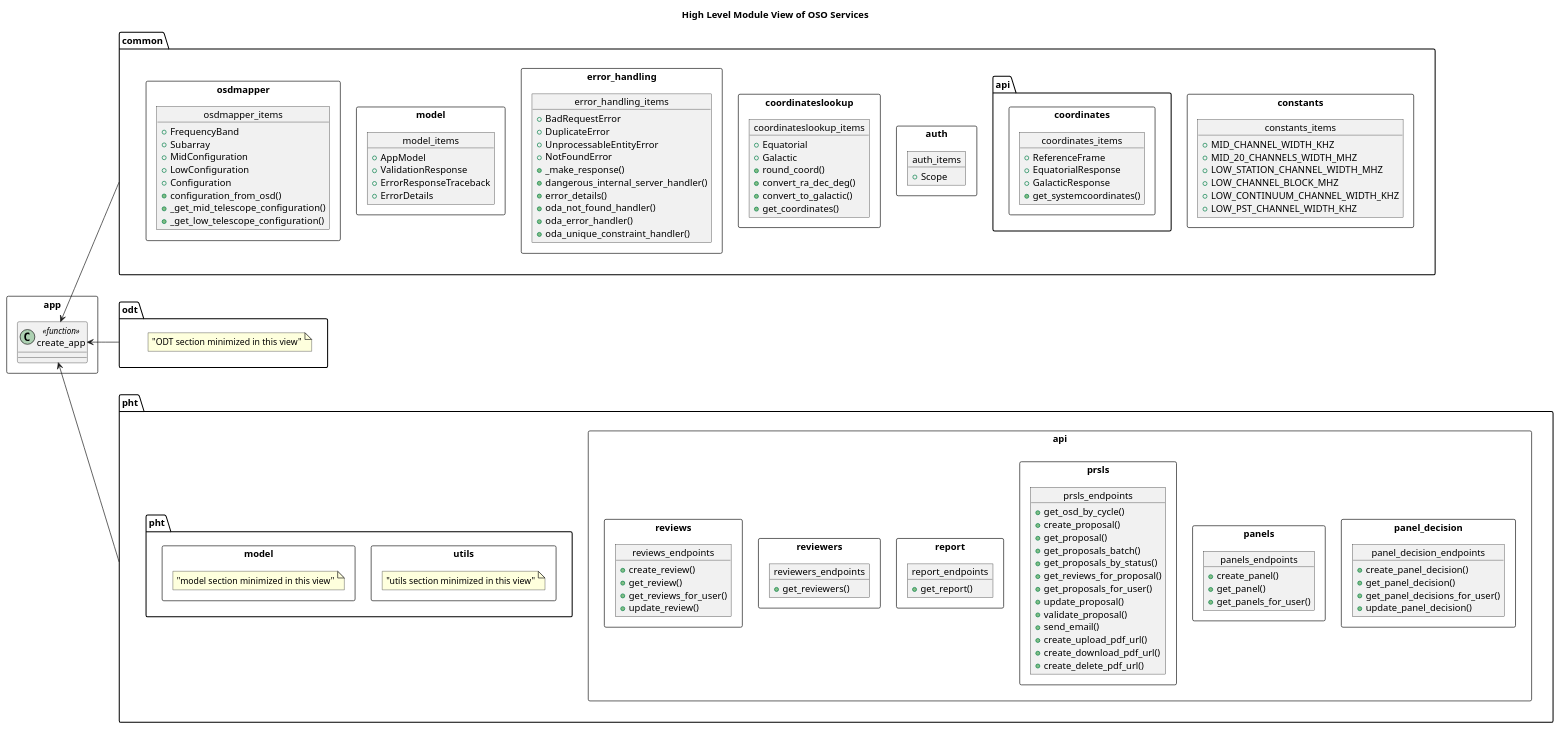
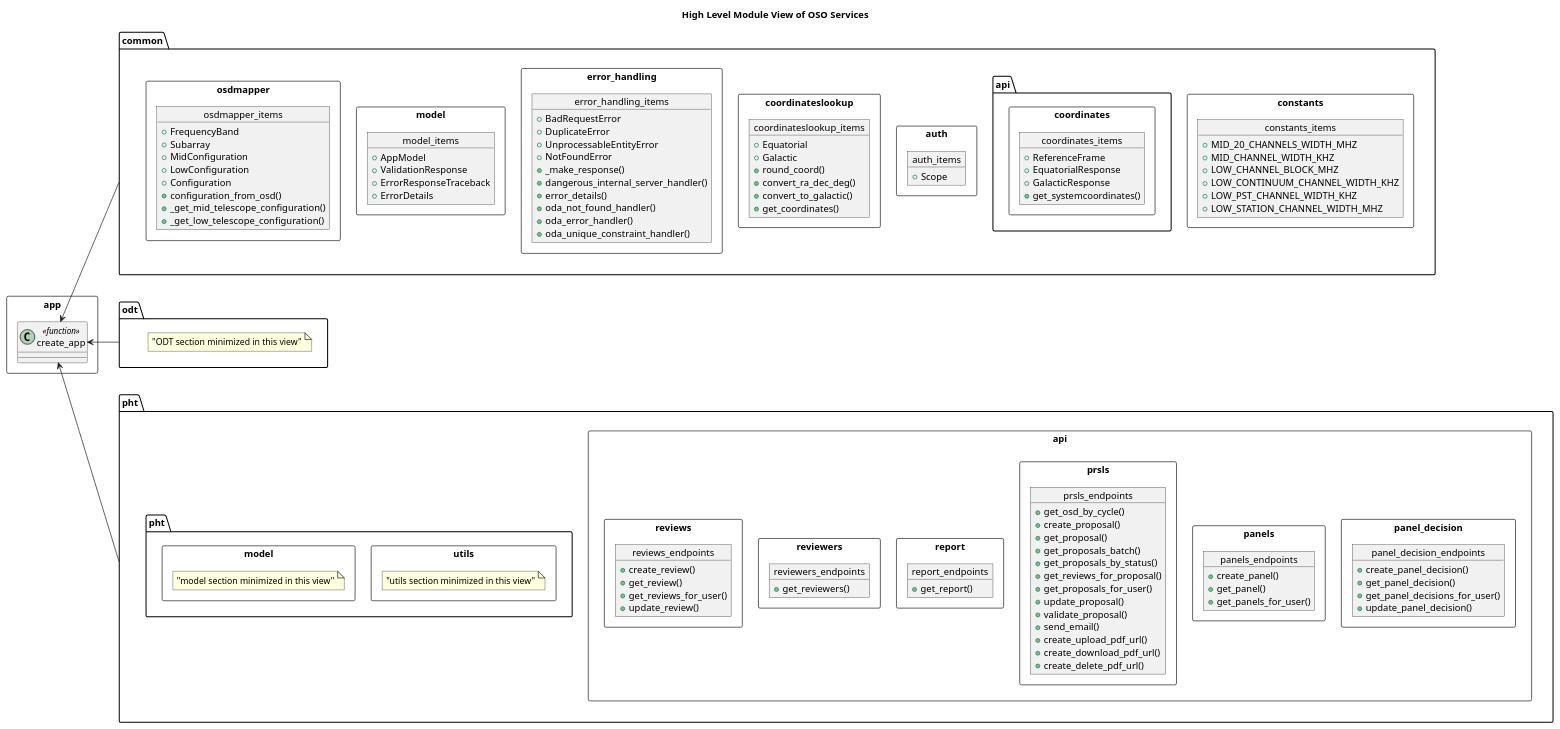
The diagram in docs/src/internal/diagrams/module_top_view.puml (ska-telescope/ska-oso-services), drawn with PlantUML before and after one commit. The commit also changed other lines of this file, not shown here.

Commit message:
STAR-1524 - changes to diagrams

```diff
--- a/docs/src/internal/diagrams/module_top_view.puml
+++ b/docs/src/internal/diagrams/module_top_view.puml
@@ -1,176 +1,176 @@
 @startuml
 top to bottom direction
 
 title High Level Module View of OSO Services
 
 package "common" as common_pkg {
 
     package "constants" <<Rectangle>> {
       object constants_items {
+        + MID_20_CHANNELS_WIDTH_MHZ
         + MID_CHANNEL_WIDTH_KHZ
-        + MID_20_CHANNELS_WIDTH_MHZ
-        + LOW_STATION_CHANNEL_WIDTH_MHZ
         + LOW_CHANNEL_BLOCK_MHZ
         + LOW_CONTINUUM_CHANNEL_WIDTH_KHZ
         + LOW_PST_CHANNEL_WIDTH_KHZ
+        + LOW_STATION_CHANNEL_WIDTH_MHZ
       }
     }
 
     package "api.coordinates" <<Rectangle>> {
       object coordinates_items {
           + ReferenceFrame
           + EquatorialResponse
           + GalacticResponse
           + get_systemcoordinates()
       }
     }
 
     package "auth" <<Rectangle>> {
         object auth_items {
           + Scope
       }
     }
 
     package "coordinateslookup" <<Rectangle>> {
         object coordinateslookup_items {
           + Equatorial
           + Galactic
           + round_coord()
           + convert_ra_dec_deg()
           + convert_to_galactic()
           + get_coordinates()
         }
     }
 
     package "error_handling" <<Rectangle>> {
         object error_handling_items {
           + BadRequestError
           + DuplicateError
           + UnprocessableEntityError
           + NotFoundError
           + _make_response()
           + dangerous_internal_server_handler()
           + error_details()
           + oda_not_found_handler()
           + oda_error_handler()
           + oda_unique_constraint_handler()
         }
     }
 
     package "model" <<Rectangle>> {
         object model_items {
           + AppModel
           + ValidationResponse
           + ErrorResponseTraceback
           + ErrorDetails
       }
     }
 
     package "osdmapper" <<Rectangle>> {
         object osdmapper_items {
           + FrequencyBand
           + Subarray
           + MidConfiguration
           + LowConfiguration
           + Configuration
           + configuration_from_osd()
           + _get_mid_telescope_configuration()
           + _get_low_telescope_configuration()
         }
     }
 }
 
 package "odt" as odt_pkg {
     note as odt_note
     "ODT section minimized in this view"
     end note
 }
 
 package "pht" as pht_pkg {
     package "api" <<Rectangle>> {
         package "panel_decision" <<Rectangle>> {
           object panel_decision_endpoints {
             + create_panel_decision()
             + get_panel_decision()
             + get_panel_decisions_for_user()
             + update_panel_decision()
           }
         }
 
       package "panels" <<Rectangle>> {
         object panels_endpoints {
           + create_panel()
           + get_panel()
           + get_panels_for_user()
         }
       }
   
       package "prsls" <<Rectangle>> {
         object prsls_endpoints {
           + get_osd_by_cycle()
           + create_proposal()
           + get_proposal()
           + get_proposals_batch()
           + get_proposals_by_status()
           + get_reviews_for_proposal()
           + get_proposals_for_user()
           + update_proposal()
           + validate_proposal()
           + send_email()
           + create_upload_pdf_url()
           + create_download_pdf_url()
           + create_delete_pdf_url()
         }
       }
   
       package "report" <<Rectangle>> {
         object report_endpoints {
           + get_report()
         }
       }
   
       package "reviewers" <<Rectangle>> {
         object reviewers_endpoints {
           + get_reviewers()
         }
       }
   
       package "reviews" <<Rectangle>> {
         object reviews_endpoints {
           + create_review()
           + get_review()
           + get_reviews_for_user()
           + update_review()
         }
       }
 
     }
     
     package "pht.utils" <<Rectangle>> {
       note as utils_note
       "utils section minimized in this view"
       end note
     }
     
     package "pht.model" <<Rectangle>> {
       note as model_note
       "model section minimized in this view"
       end note
     }
 
 }
 
 common_pkg -down[hidden]- odt_pkg
 common_pkg -down[hidden]- odt_pkg
 odt_pkg -down[hidden]- pht_pkg
 odt_pkg -down[hidden]- pht_pkg
 
 package "app" <<Rectangle>> {
     class create_app <<function>>
 }
 
 
 common_pkg -down-> app.create_app
 pht_pkg -up-> app.create_app
 odt_pkg -left-> app.create_app
 @enduml
```
